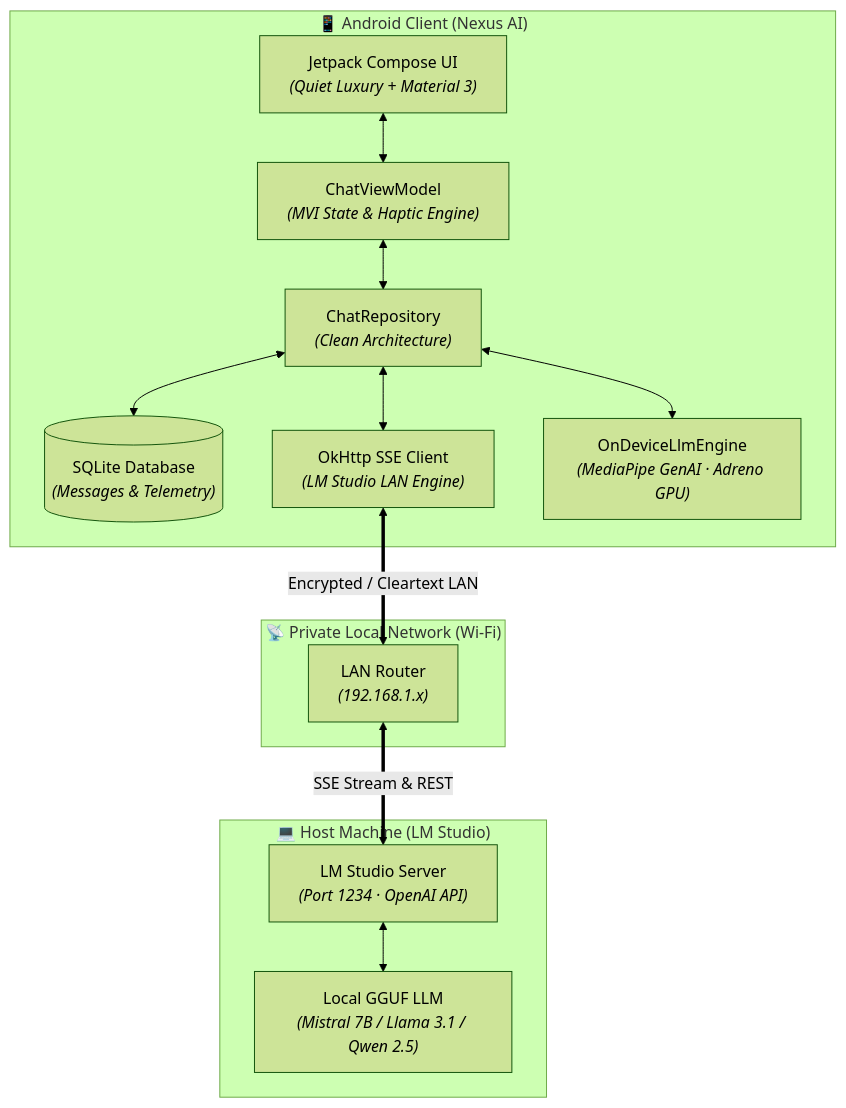
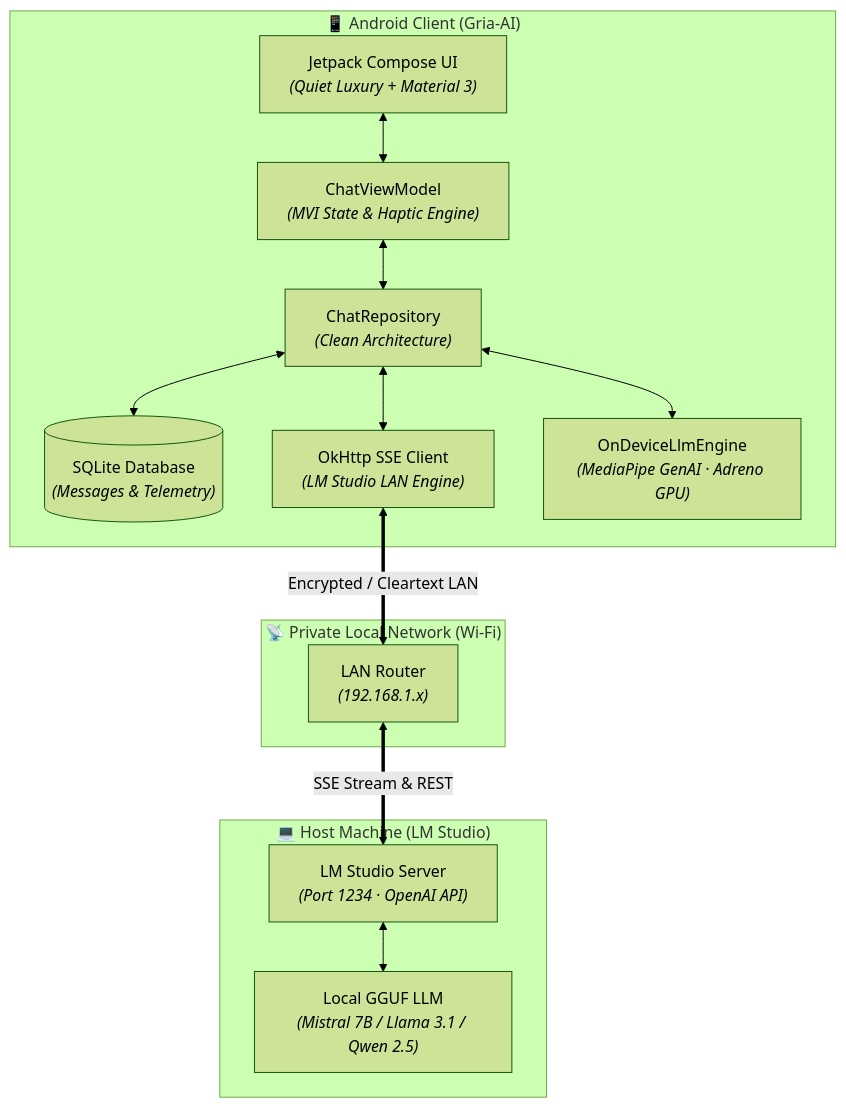
Before and after one commit to geevarghesekthomas84-sys/Gria-AI: the diagram in README.md, drawn with Mermaid (forest theme). The commit also changed other lines of this file and 4 other files, not shown here.

````diff
--- a/README.md
+++ b/README.md
@@ -117,31 +139,31 @@
 ```mermaid
 graph TD
-    subgraph MobileDevice["📱 Android Client (Nexus AI)"]
+    subgraph MobileDevice["📱 Android Client (Gria-AI)"]
         UI["Jetpack Compose UI<br/><i>(Quiet Luxury + Material 3)</i>"]
         VM["ChatViewModel<br/><i>(MVI State & Haptic Engine)</i>"]
         Repo["ChatRepository<br/><i>(Clean Architecture)</i>"]
         DB[("SQLite Database<br/><i>(Messages & Telemetry)</i>")]
         SSE["OkHttp SSE Client<br/><i>(LM Studio LAN Engine)</i>"]
         OD["OnDeviceLlmEngine<br/><i>(MediaPipe GenAI · Adreno GPU)</i>"]
 
         UI <--> VM
         VM <--> Repo
         Repo <--> DB
         Repo <--> SSE
         Repo <--> OD
     end
 
     subgraph LocalLAN["📡 Private Local Network (Wi-Fi)"]
         Router["LAN Router<br/><i>(192.168.1.x)</i>"]
     end
 
     subgraph HostPC["💻 Host Machine (LM Studio)"]
         LMS["LM Studio Server<br/><i>(Port 1234 · OpenAI API)</i>"]
         LLM["Local GGUF LLM<br/><i>(Mistral 7B / Llama 3.1 / Qwen 2.5)</i>"]
         
         LMS <--> LLM
     end
 
     SSE <==>|"Encrypted / Cleartext LAN"| Router
     Router <==>|"SSE Stream & REST"| LMS
 ```
````
